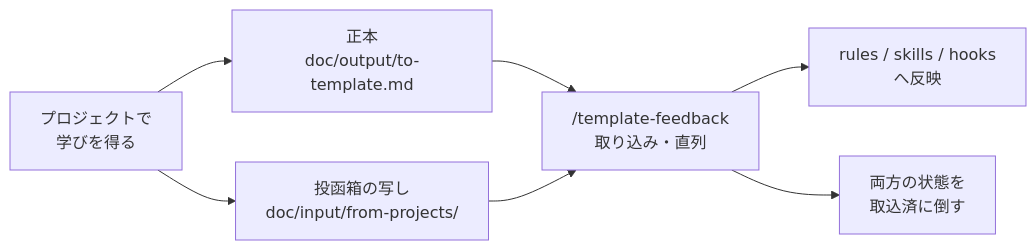
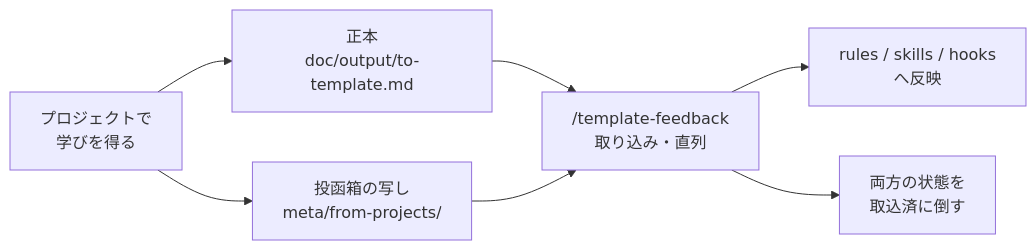
Before and after one commit to mae616/ai-template: the diagram in README.md, drawn with Mermaid. The commit also changed other lines of this file and 46 other files, not shown here.

````diff
--- a/README.md
+++ b/README.md
@@ -191,9 +191,9 @@
 ```mermaid
 flowchart LR
   P["プロジェクトで<br/>学びを得る"] --> S["正本<br/>doc/output/to-template.md"]
-  P --> I["投函箱の写し<br/>doc/input/from-projects/"]
+  P --> I["投函箱の写し<br/>meta/from-projects/"]
   S --> F["/template-feedback<br/>取り込み・直列"]
   I --> F
   F --> R["rules / skills / hooks<br/>へ反映"]
   F --> L["両方の状態を<br/>取込済に倒す"]
 ```
````
